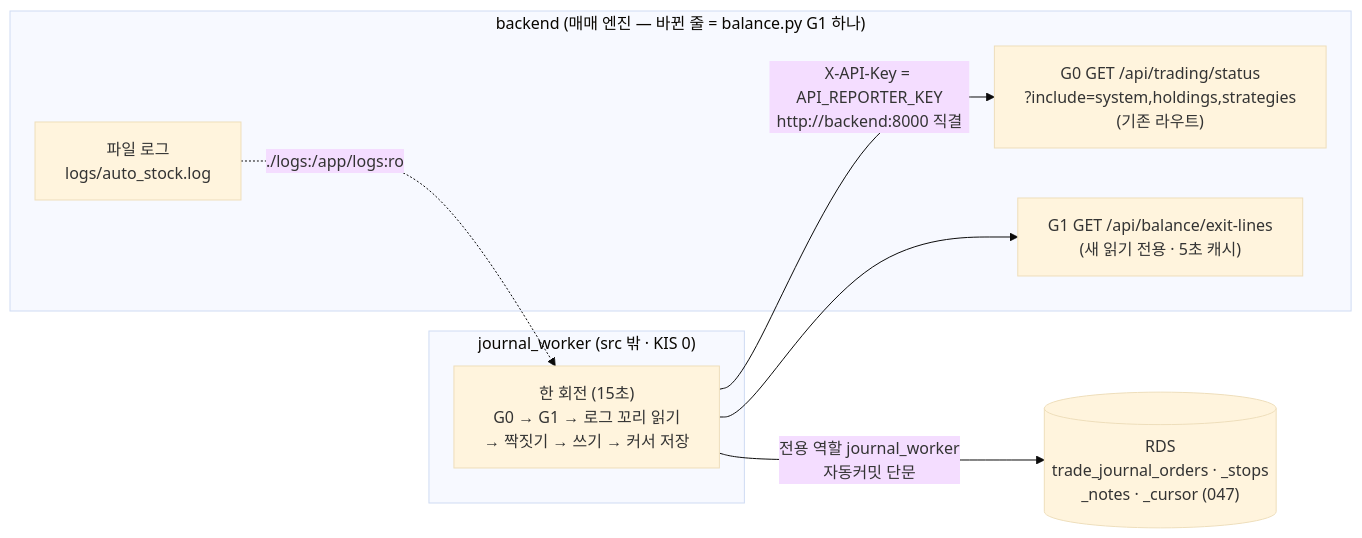
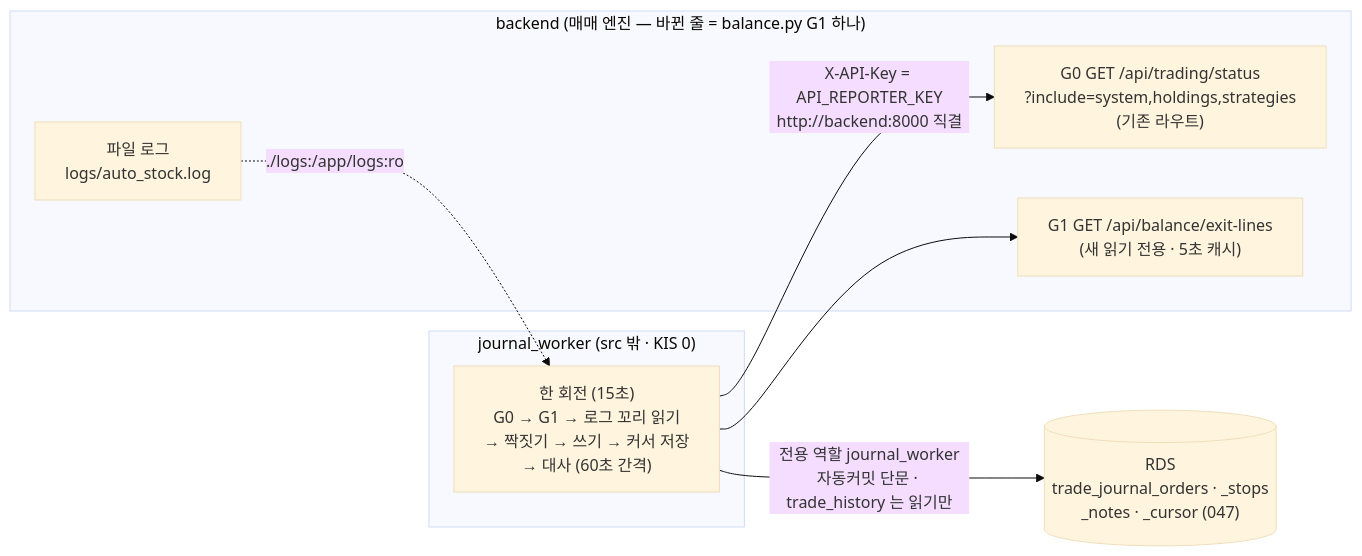
Diagram 27 of 27 in docs/architecture.md (canduk910/auto_stock), drawn with Mermaid (base theme) before and after one commit. The commit also changed other lines of this file and 11 other files, not shown here.

````diff
--- a/docs/architecture.md
+++ b/docs/architecture.md
@@ -2038,17 +2038,17 @@
 ```mermaid
 %%{init: {"flowchart": {"wrappingWidth": 360}}}%%
 flowchart LR
     subgraph BE["backend (매매 엔진 — 바뀐 줄 = balance.py G1 하나)"]
         G0["G0 GET /api/trading/status<br/>?include=system,holdings,strategies<br/>(기존 라우트)"]
         G1["G1 GET /api/balance/exit-lines<br/>(새 읽기 전용 · 5초 캐시)"]
         LOG["파일 로그<br/>logs/auto_stock.log"]
     end
     subgraph JW["journal_worker (src 밖 · KIS 0)"]
-        R["한 회전 (15초)<br/>G0 → G1 → 로그 꼬리 읽기<br/>→ 짝짓기 → 쓰기 → 커서 저장"]
+        R["한 회전 (15초)<br/>G0 → G1 → 로그 꼬리 읽기<br/>→ 짝짓기 → 쓰기 → 커서 저장<br/>→ 대사 (60초 간격)"]
     end
     DB[("RDS<br/>trade_journal_orders · _stops<br/>_notes · _cursor (047)")]
     R -->|"X-API-Key = API_REPORTER_KEY<br/>http://backend:8000 직결"| G0
     R --> G1
     LOG -.->|"./logs:/app/logs:ro"| R
-    R -->|"전용 역할 journal_worker<br/>자동커밋 단문"| DB
+    R -->|"전용 역할 journal_worker<br/>자동커밋 단문 · trade_history 는 읽기만"| DB
 ```
````
